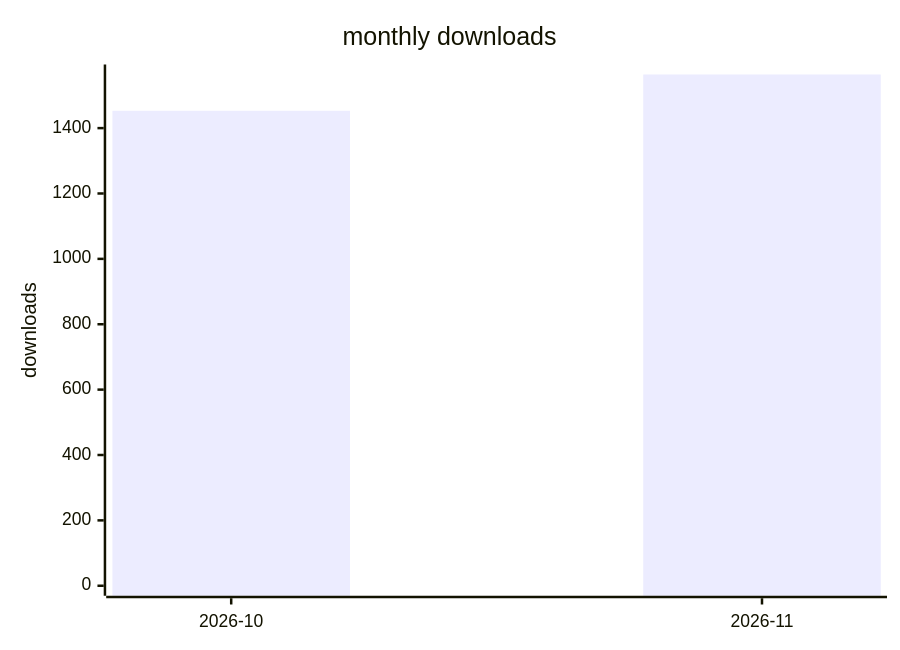
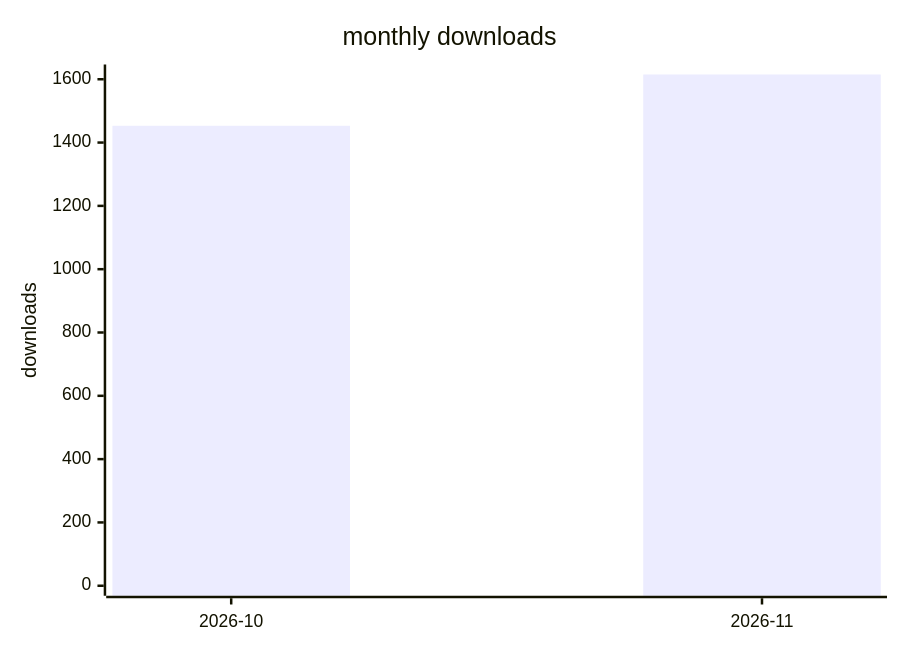
The second of 2 diagrams in docs/downloads-2026.md (terry2010/dsh-loop-recover), drawn with Mermaid before and after one commit. The commit also changed other lines of this file and 1 other file, not shown here.

````diff
--- a/docs/downloads-2026.md
+++ b/docs/downloads-2026.md
@@ -29,7 +29,7 @@
 ```mermaid
 xychart-beta
     title "monthly downloads"
     x-axis ["2026-10", "2026-11"]
-    y-axis "downloads" 0 --> 1564
-    bar [1453, 1564]
+    y-axis "downloads" 0 --> 1615
+    bar [1453, 1615]
 ```
````
